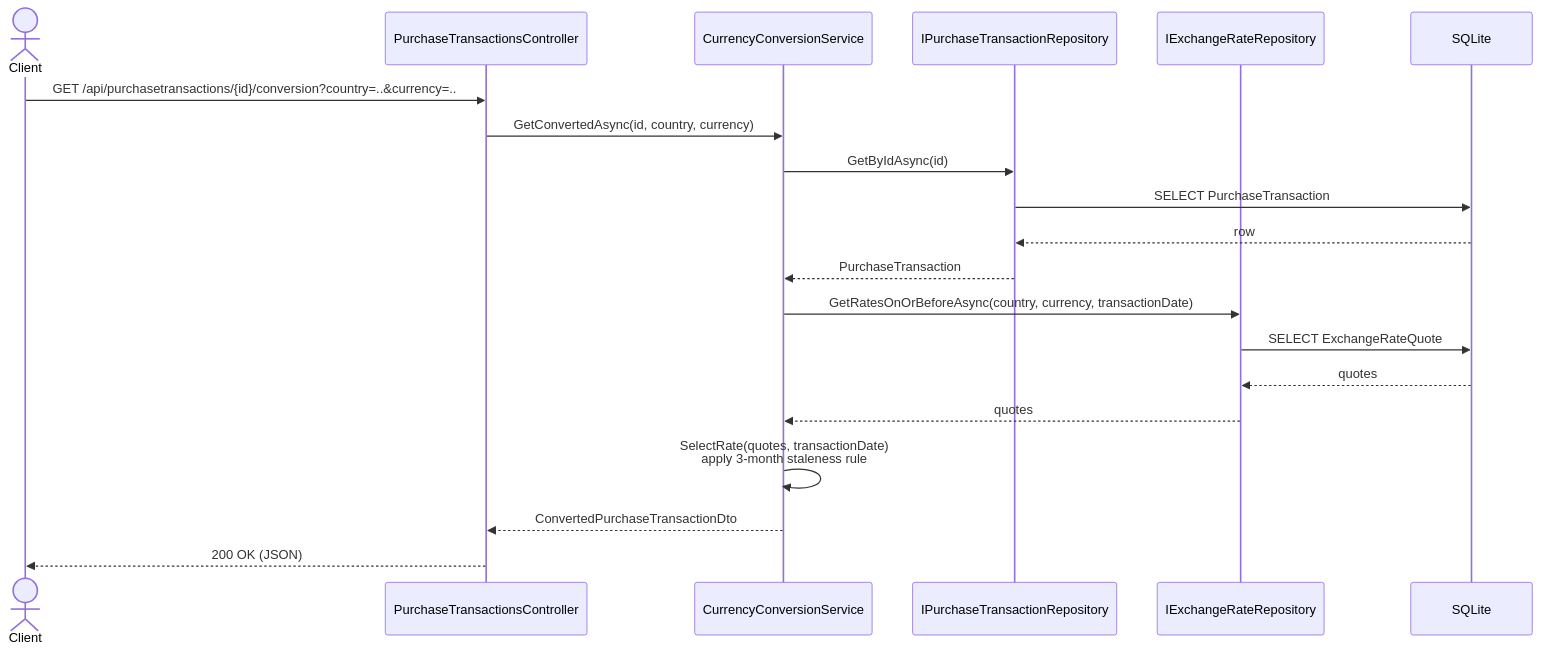
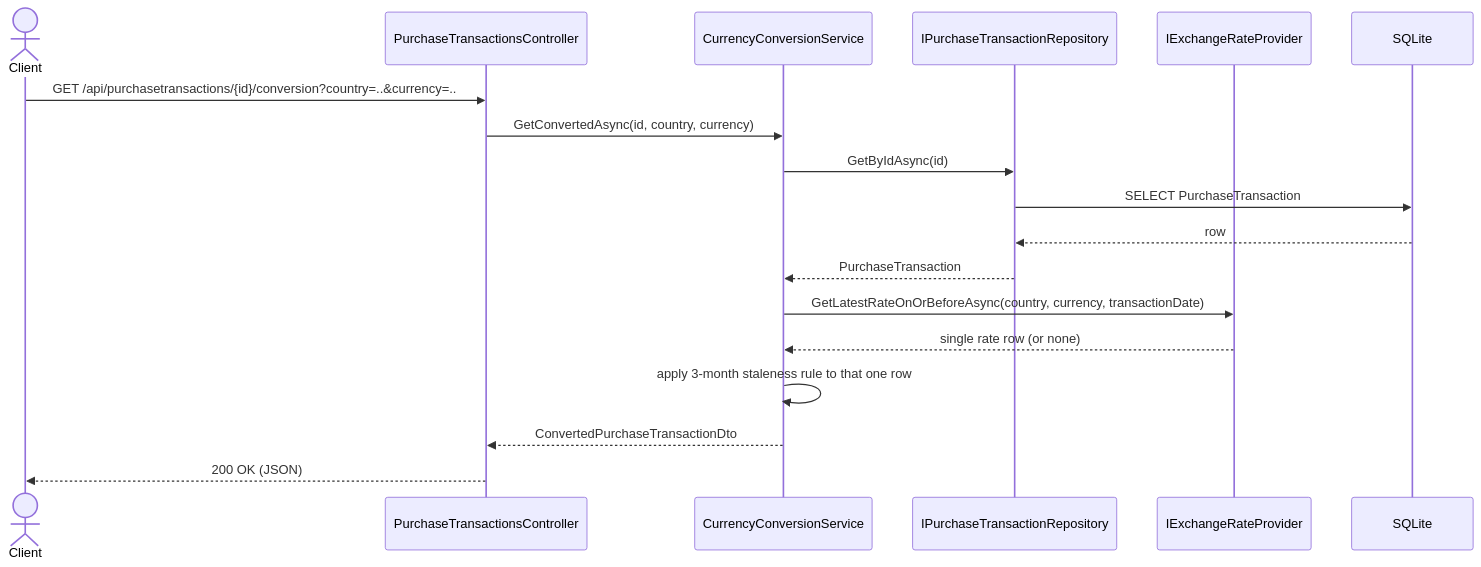
One commit to soflatechie/Wex.PurchasingPlatform changed the second of 2 diagrams in Design/TechnicalDesign.md. Above: the diagram before and after it, drawn with Mermaid. The commit also changed other lines of this file and 32 other files, not shown here.

Commit message:
Phase2 changes, plus changes based on changes to design for retrieving exchange rates.

````diff
--- a/Design/TechnicalDesign.md
+++ b/Design/TechnicalDesign.md
@@ -149,25 +162,23 @@
 ```mermaid
 sequenceDiagram
     actor Client
     participant Controller as PurchaseTransactionsController
     participant ConvSvc as CurrencyConversionService
     participant TxRepo as IPurchaseTransactionRepository
-    participant RateRepo as IExchangeRateRepository
+    participant Treasury as IExchangeRateProvider
     participant DB as SQLite
 
     Client->>Controller: GET /api/purchasetransactions/{id}/conversion?country=..&currency=..
     Controller->>ConvSvc: GetConvertedAsync(id, country, currency)
     ConvSvc->>TxRepo: GetByIdAsync(id)
     TxRepo->>DB: SELECT PurchaseTransaction
     DB-->>TxRepo: row
     TxRepo-->>ConvSvc: PurchaseTransaction
 
-    ConvSvc->>RateRepo: GetRatesOnOrBeforeAsync(country, currency, transactionDate)
-    RateRepo->>DB: SELECT ExchangeRateQuote
-    DB-->>RateRepo: quotes
-    RateRepo-->>ConvSvc: quotes
+    ConvSvc->>Treasury: GetLatestRateOnOrBeforeAsync(country, currency, transactionDate)
+    Treasury-->>ConvSvc: single rate row (or none)
 
-    ConvSvc->>ConvSvc: SelectRate(quotes, transactionDate)<br/>apply 3-month staleness rule
+    ConvSvc->>ConvSvc: apply 3-month staleness rule to that one row
     ConvSvc-->>Controller: ConvertedPurchaseTransactionDto
     Controller-->>Client: 200 OK (JSON)
 ```
````
